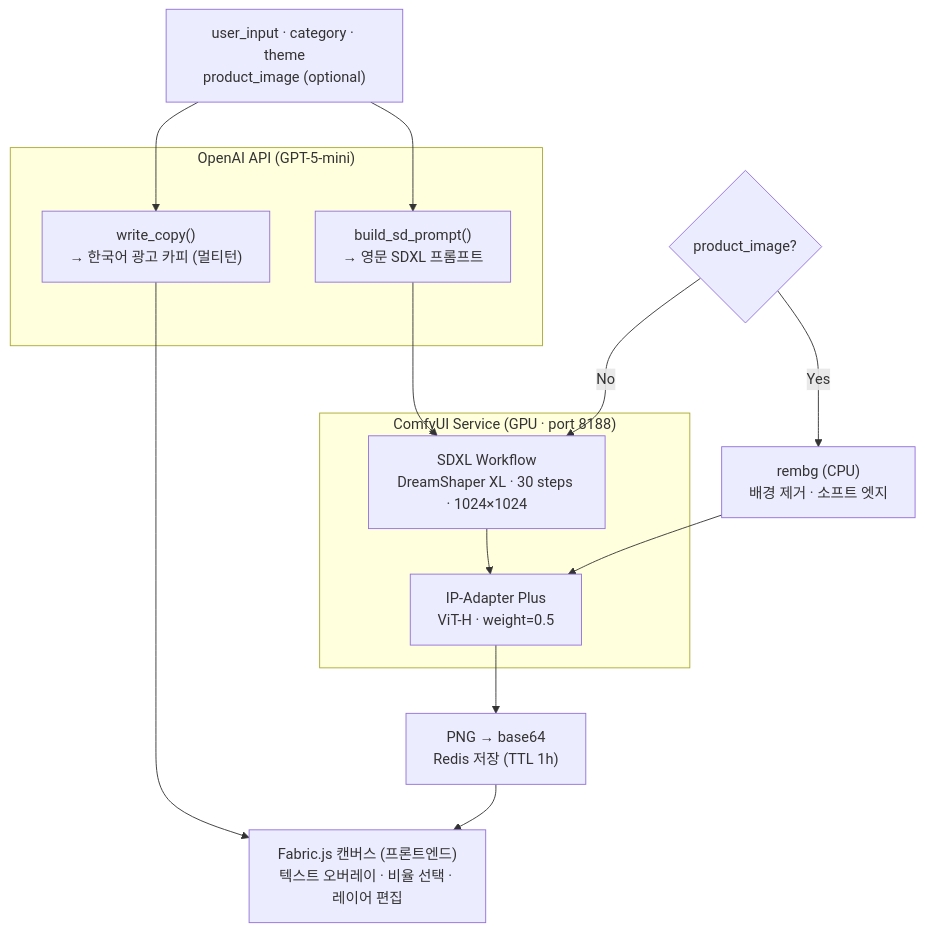
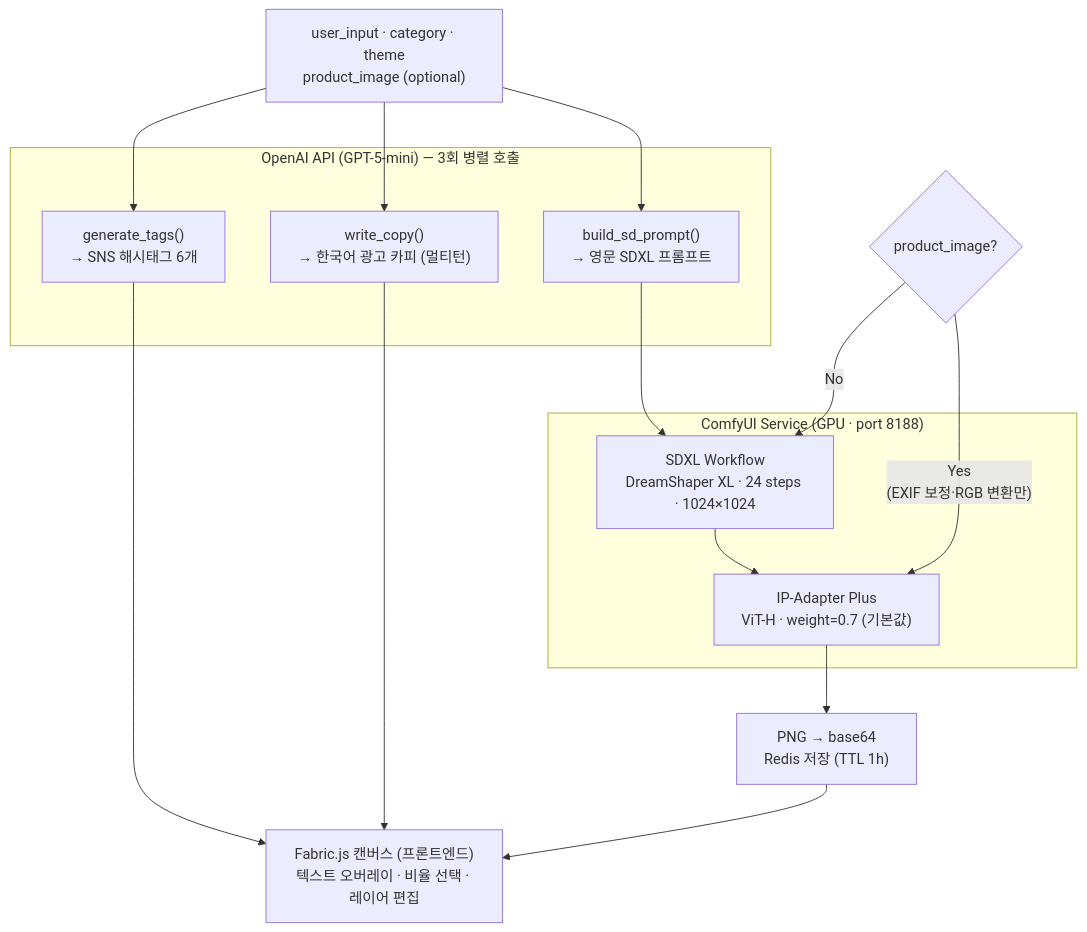
Before and after one commit to bykim0119/ADGenService_team7: the second of 4 diagrams in docs/arch.md, drawn with Mermaid. The commit also changed other lines of this file and 1 other file, not shown here.

````diff
--- a/docs/arch.md
+++ b/docs/arch.md
@@ -48,33 +48,33 @@
 ```mermaid
 flowchart TD
     IN["user_input · category · theme\nproduct_image (optional)"]
 
-    subgraph GPT["OpenAI API (GPT-5-mini)"]
+    subgraph GPT["OpenAI API (GPT-5-mini) — 3회 병렬 호출"]
         P1["build_sd_prompt()\n→ 영문 SDXL 프롬프트"]
         P2["write_copy()\n→ 한국어 광고 카피 (멀티턴)"]
+        P3["generate_tags()\n→ SNS 해시태그 6개"]
     end
 
     subgraph COMFY["ComfyUI Service (GPU · port 8188)"]
-        WF["SDXL Workflow\nDreamShaper XL · 30 steps · 1024×1024"]
-        IPA["IP-Adapter Plus\nViT-H · weight=0.5"]
+        WF["SDXL Workflow\nDreamShaper XL · 24 steps · 1024×1024"]
+        IPA["IP-Adapter Plus\nViT-H · weight=0.7 (기본값)"]
     end
 
     PROD{"product_image?"}
-
-    REMBG["rembg (CPU)\n배경 제거 · 소프트 엣지"]
 
     OUT["PNG → base64\nRedis 저장 (TTL 1h)"]
 
     CANVAS["Fabric.js 캔버스 (프론트엔드)\n텍스트 오버레이 · 비율 선택 · 레이어 편집"]
 
     IN --> P1
     IN --> P2
+    IN --> P3
     P1 --> WF
-    PROD -- "Yes" --> REMBG
-    REMBG --> IPA
+    PROD -- "Yes\n(EXIF 보정·RGB 변환만)" --> IPA
     WF --> IPA
     PROD -- "No" --> WF
     IPA --> OUT
     P2 --> CANVAS
+    P3 --> CANVAS
     OUT --> CANVAS
 ```
````
